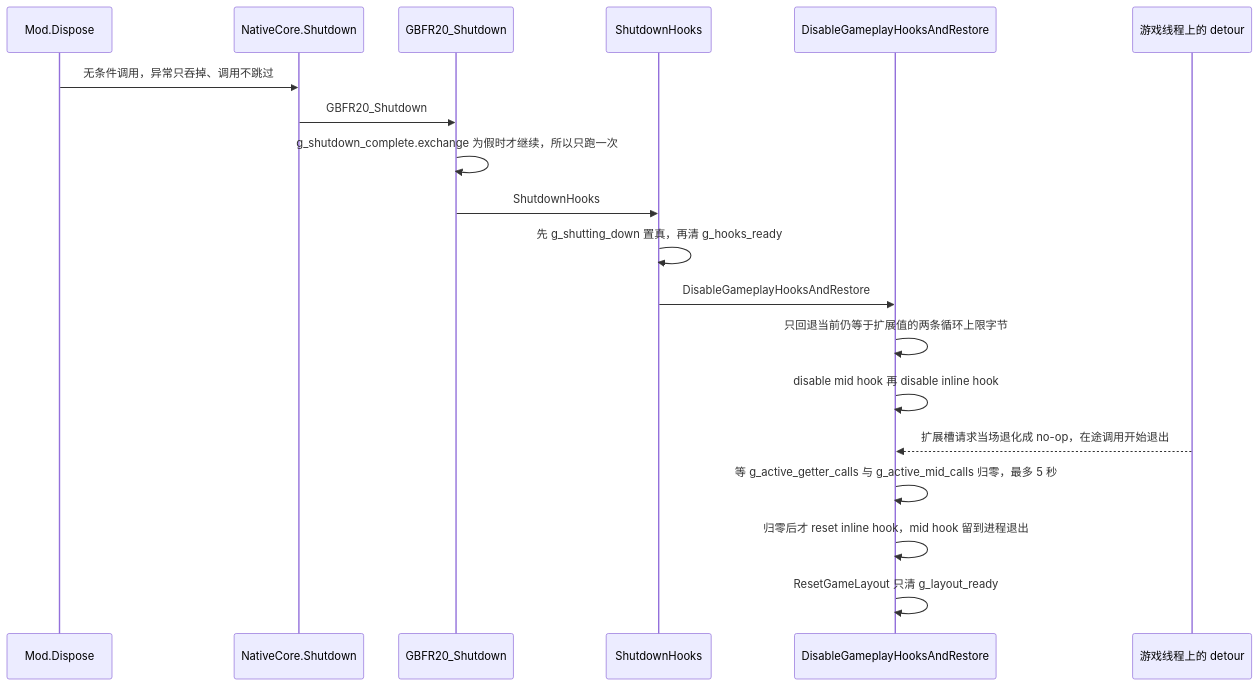
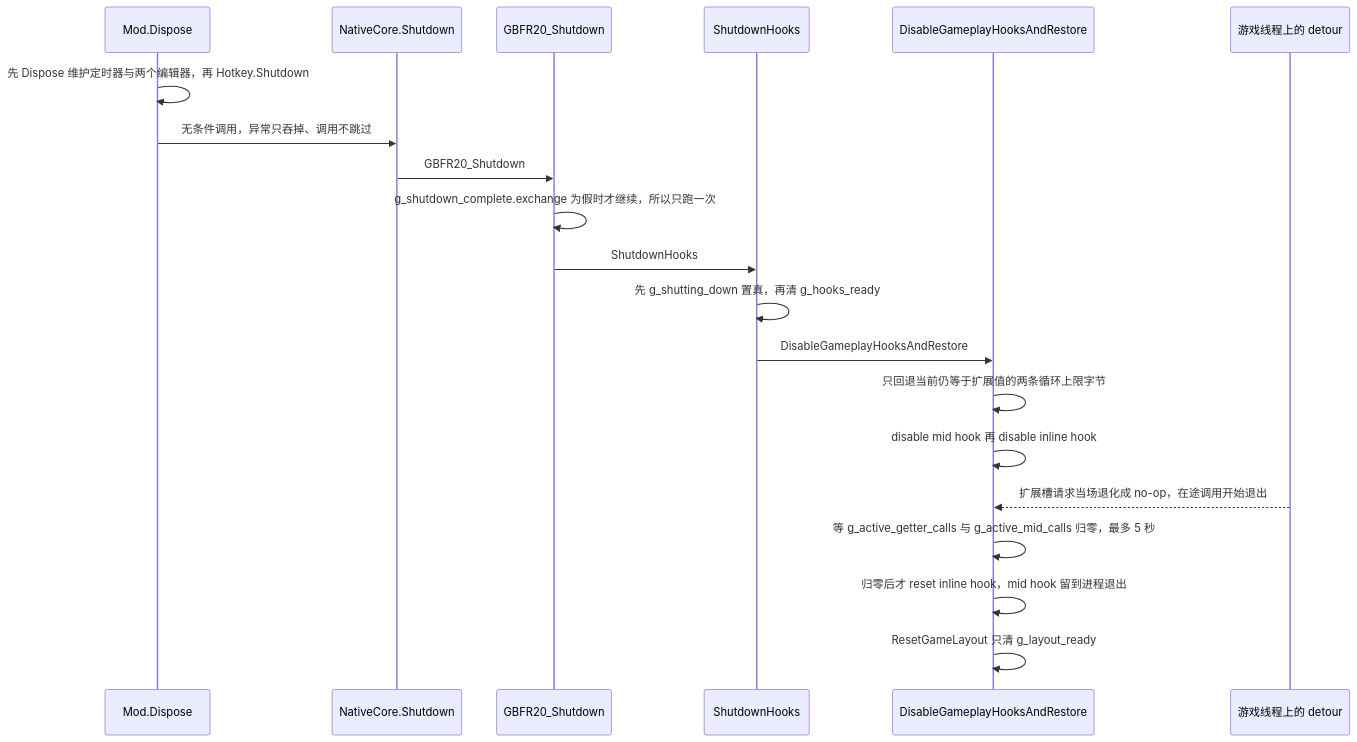
One commit to baagod/GBFR-Sigil-Loadout changed the second of 4 diagrams in openwiki/concepts/threading-and-locks.md. Above: the diagram before and after it, drawn with Mermaid. The commit also changed other lines of this file and 52 other files, not shown here.

````diff
--- a/openwiki/concepts/threading-and-locks.md
+++ b/openwiki/concepts/threading-and-locks.md
@@ -217,22 +253,23 @@
 ```mermaid
 sequenceDiagram
     participant Mod as Mod.Dispose
     participant Core as NativeCore.Shutdown
     participant Exp as GBFR20_Shutdown
     participant SH as ShutdownHooks
     participant Tear as DisableGameplayHooksAndRestore
     participant Game as 游戏线程上的 detour
 
+    Mod->>Mod: 先 Dispose 维护定时器与两个编辑器，再 Hotkey.Shutdown
     Mod->>Core: 无条件调用，异常只吞掉、调用不跳过
     Core->>Exp: GBFR20_Shutdown
     Exp->>Exp: g_shutdown_complete.exchange 为假时才继续，所以只跑一次
     Exp->>SH: ShutdownHooks
     SH->>SH: 先 g_shutting_down 置真，再清 g_hooks_ready
     SH->>Tear: DisableGameplayHooksAndRestore
     Tear->>Tear: 只回退当前仍等于扩展值的两条循环上限字节
     Tear->>Tear: disable mid hook 再 disable inline hook
     Game-->>Tear: 扩展槽请求当场退化成 no-op，在途调用开始退出
     Tear->>Tear: 等 g_active_getter_calls 与 g_active_mid_calls 归零，最多 5 秒
     Tear->>Tear: 归零后才 reset inline hook，mid hook 留到进程退出
     Tear->>Tear: ResetGameLayout 只清 g_layout_ready
 ```
````
